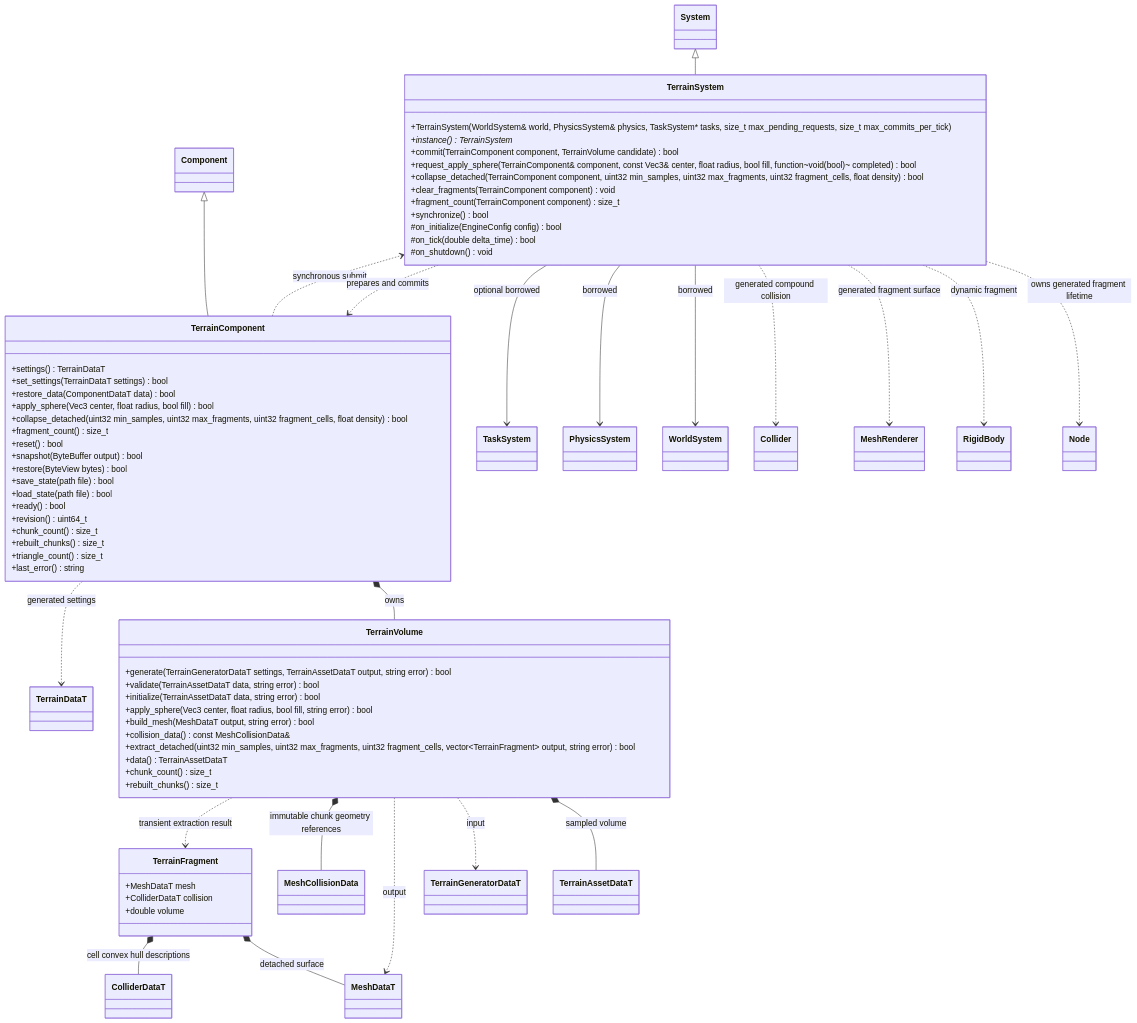
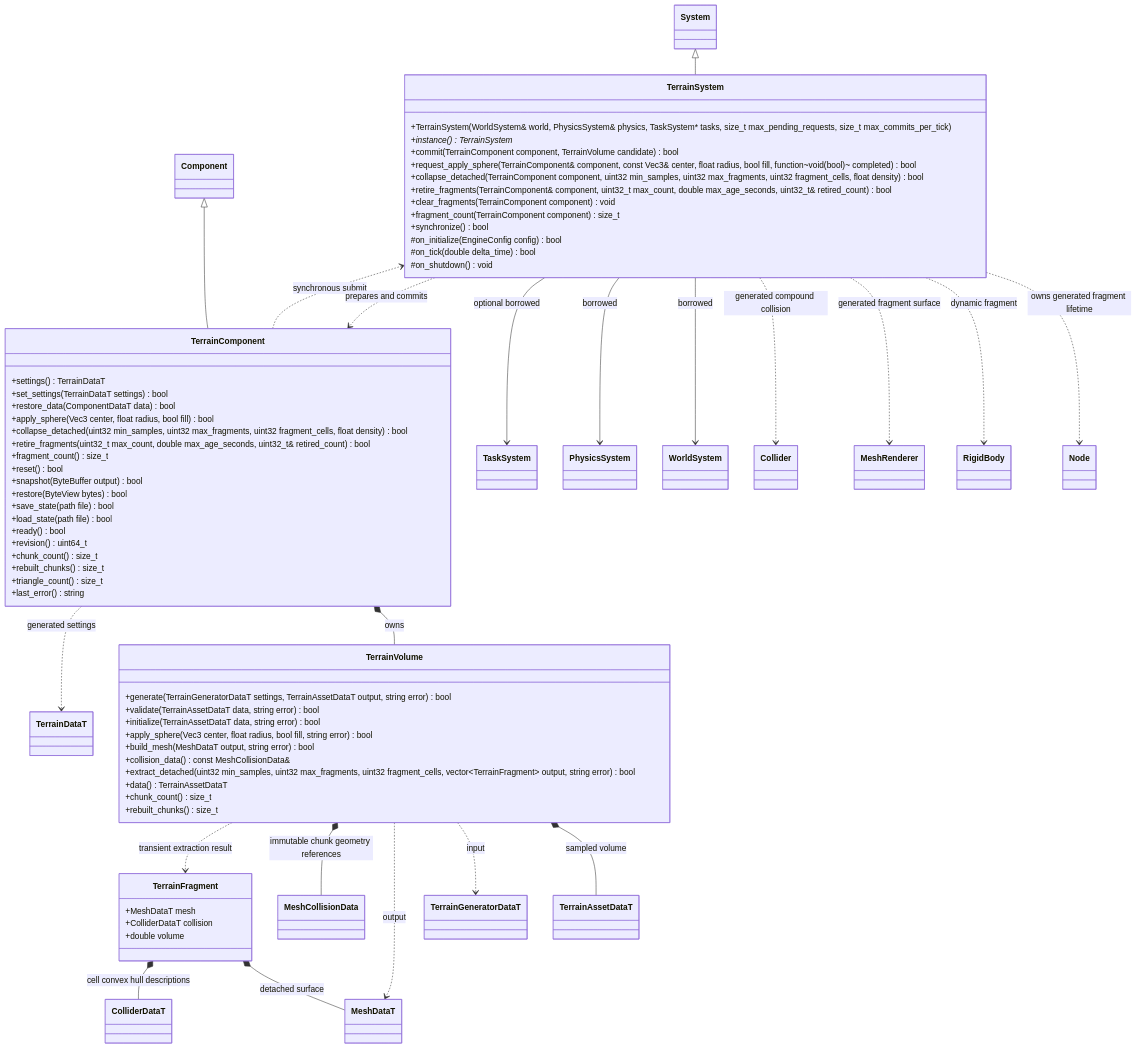
Before and after one commit to lcals/Engine: the diagram in docs/plugins/runtime/class-diagrams/terrain.md, drawn with Mermaid. The commit also changed other lines of this file and 32 other files, not shown here.

```diff
--- a/docs/plugins/runtime/class-diagrams/terrain.md
+++ b/docs/plugins/runtime/class-diagrams/terrain.md
@@ -38,6 +38,7 @@
 +restore_data(ComponentDataT data) bool
 +apply_sphere(Vec3 center, float radius, bool fill) bool
 +collapse_detached(uint32 min_samples, uint32 max_fragments, uint32 fragment_cells, float density) bool
++retire_fragments(uint32_t max_count, double max_age_seconds, uint32_t& retired_count) bool
 +fragment_count() size_t
 +reset() bool
 +snapshot(ByteBuffer output) bool
@@ -57,6 +58,7 @@
 +commit(TerrainComponent component, TerrainVolume candidate) bool
 +request_apply_sphere(TerrainComponent& component, const Vec3& center, float radius, bool fill, function~void(bool)~ completed) bool
 +collapse_detached(TerrainComponent component, uint32 min_samples, uint32 max_fragments, uint32 fragment_cells, float density) bool
++retire_fragments(TerrainComponent& component, uint32_t max_count, double max_age_seconds, uint32_t& retired_count) bool
 +clear_fragments(TerrainComponent component) void
 +fragment_count(TerrainComponent component) size_t
 +synchronize() bool
```
